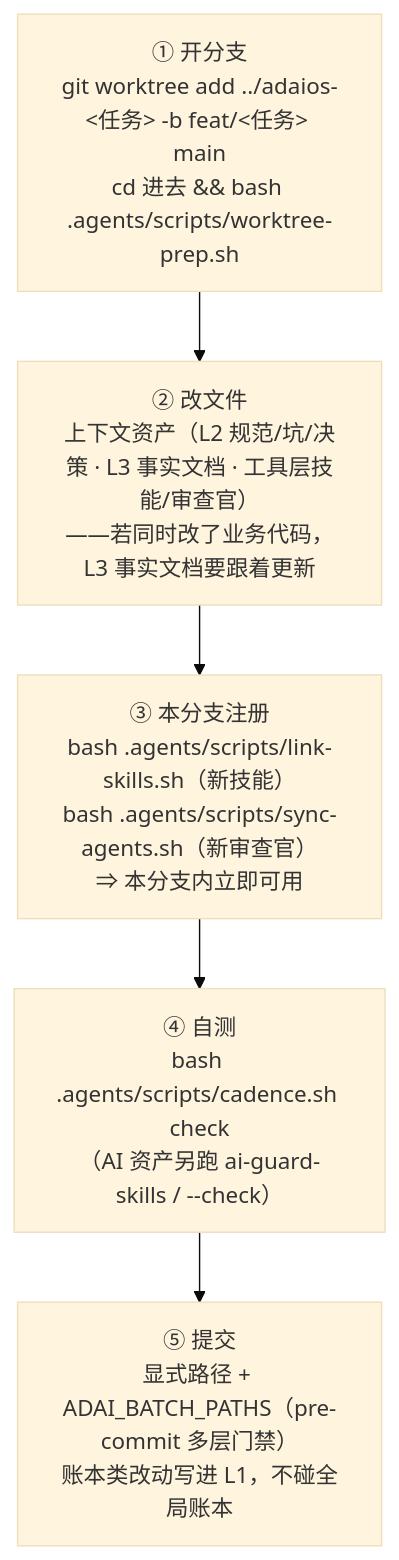
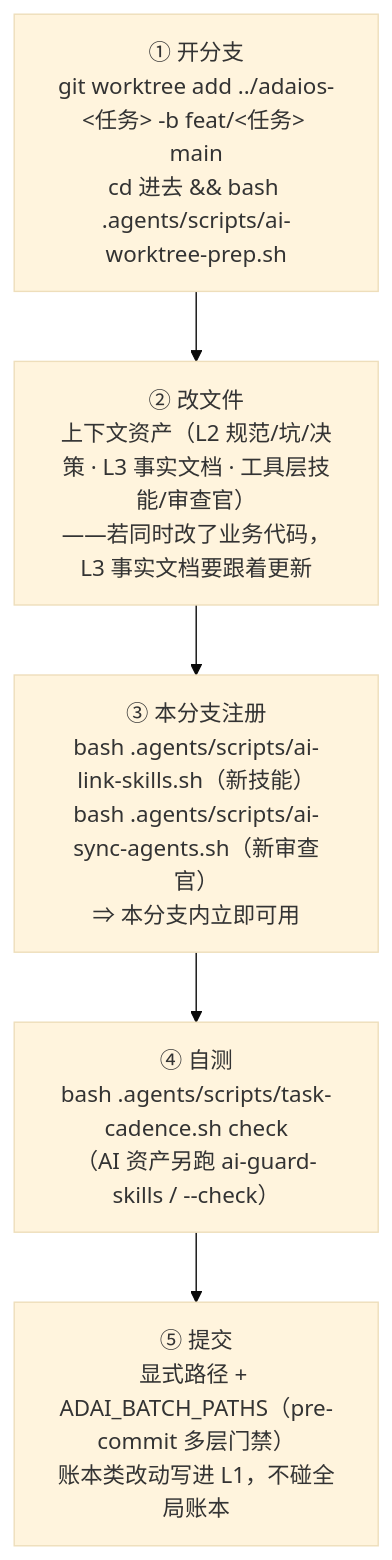
Before and after one commit to adaios/adaios: the fourth of 9 diagrams in docs/architecture/ai-context-engineering.md, drawn with Mermaid (base theme). The commit also changed other lines of this file and 90 other files, not shown here.

````diff
--- a/docs/architecture/ai-context-engineering.md
+++ b/docs/architecture/ai-context-engineering.md
@@ -184,7 +184,7 @@
 ```mermaid
 flowchart TD
-    A["① 开分支<br/>git worktree add ../adaios-&lt;任务&gt; -b feat/&lt;任务&gt; main<br/>cd 进去 && bash .agents/scripts/worktree-prep.sh"] --> B["② 改文件<br/>上下文资产（L2 规范/坑/决策 · L3 事实文档 · 工具层技能/审查官）<br/>——若同时改了业务代码，L3 事实文档要跟着更新"]
-    B --> C["③ 本分支注册<br/>bash .agents/scripts/link-skills.sh（新技能）<br/>bash .agents/scripts/sync-agents.sh（新审查官）<br/>⇒ 本分支内立即可用"]
-    C --> D["④ 自测<br/>bash .agents/scripts/cadence.sh check<br/>（AI 资产另跑 ai-guard-skills / --check）"]
+    A["① 开分支<br/>git worktree add ../adaios-&lt;任务&gt; -b feat/&lt;任务&gt; main<br/>cd 进去 && bash .agents/scripts/ai-worktree-prep.sh"] --> B["② 改文件<br/>上下文资产（L2 规范/坑/决策 · L3 事实文档 · 工具层技能/审查官）<br/>——若同时改了业务代码，L3 事实文档要跟着更新"]
+    B --> C["③ 本分支注册<br/>bash .agents/scripts/ai-link-skills.sh（新技能）<br/>bash .agents/scripts/ai-sync-agents.sh（新审查官）<br/>⇒ 本分支内立即可用"]
+    C --> D["④ 自测<br/>bash .agents/scripts/task-cadence.sh check<br/>（AI 资产另跑 ai-guard-skills / --check）"]
     D --> E["⑤ 提交<br/>显式路径 + ADAI_BATCH_PATHS（pre-commit 多层门禁）<br/>账本类改动写进 L1，不碰全局账本"]
 ```
````
